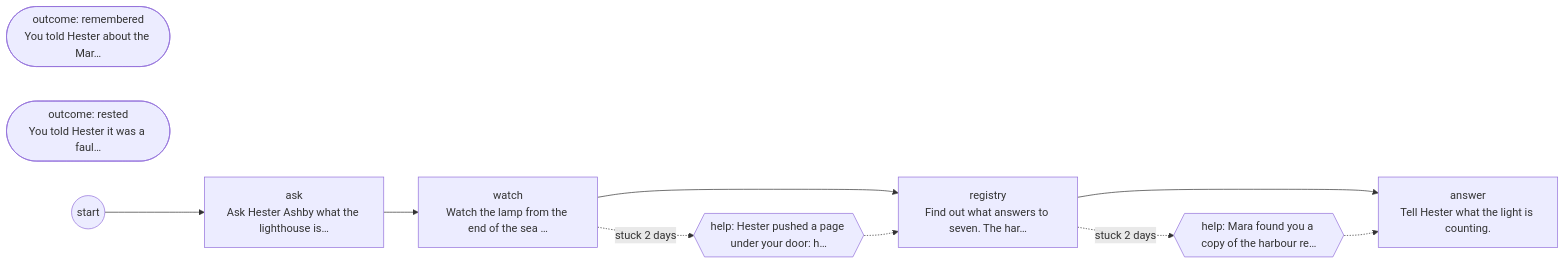
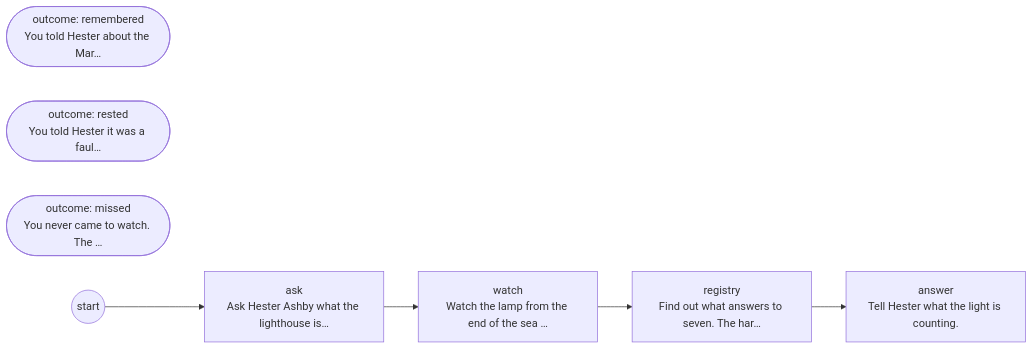
One commit to DoctorStrangeSH/ECHOES-OF-THE-VEIL changed diagram 15 of 15 in docs/generated/cases.md. Above: the diagram before and after it, drawn with Mermaid. The commit also changed other lines of this file and 46 other files, not shown here.

````diff
--- a/docs/generated/cases.md
+++ b/docs/generated/cases.md
@@ -250,19 +213,14 @@
 ```mermaid
 flowchart LR
   case_lighthouse_ask["ask<br/>Ask Hester Ashby what the lighthouse is…"]
   case_lighthouse_watch["watch<br/>Watch the lamp from the end of the sea …"]
   case_lighthouse_registry["registry<br/>Find out what answers to seven. The har…"]
   case_lighthouse_answer["answer<br/>Tell Hester what the light is counting."]
   case_lighthouse_ask --> case_lighthouse_watch
   case_lighthouse_watch --> case_lighthouse_registry
   case_lighthouse_registry --> case_lighthouse_answer
   case_lighthouse_out_remembered(["outcome: remembered<br/>You told Hester about the Mar…"])
   case_lighthouse_out_rested(["outcome: rested<br/>You told Hester it was a faul…"])
+  case_lighthouse_out_missed(["outcome: missed<br/>You never came to watch. The …"])
   case_lighthouse_START(("start")) --> case_lighthouse_ask
-  case_lighthouse_ff_0{{"help: Hester pushed a page under your door: h…"}}
-  case_lighthouse_watch -.->|"stuck 2 days"| case_lighthouse_ff_0
-  case_lighthouse_ff_0 -.-> case_lighthouse_registry
-  case_lighthouse_ff_1{{"help: Mara found you a copy of the harbour re…"}}
-  case_lighthouse_registry -.->|"stuck 2 days"| case_lighthouse_ff_1
-  case_lighthouse_ff_1 -.-> case_lighthouse_answer
 ```
````
